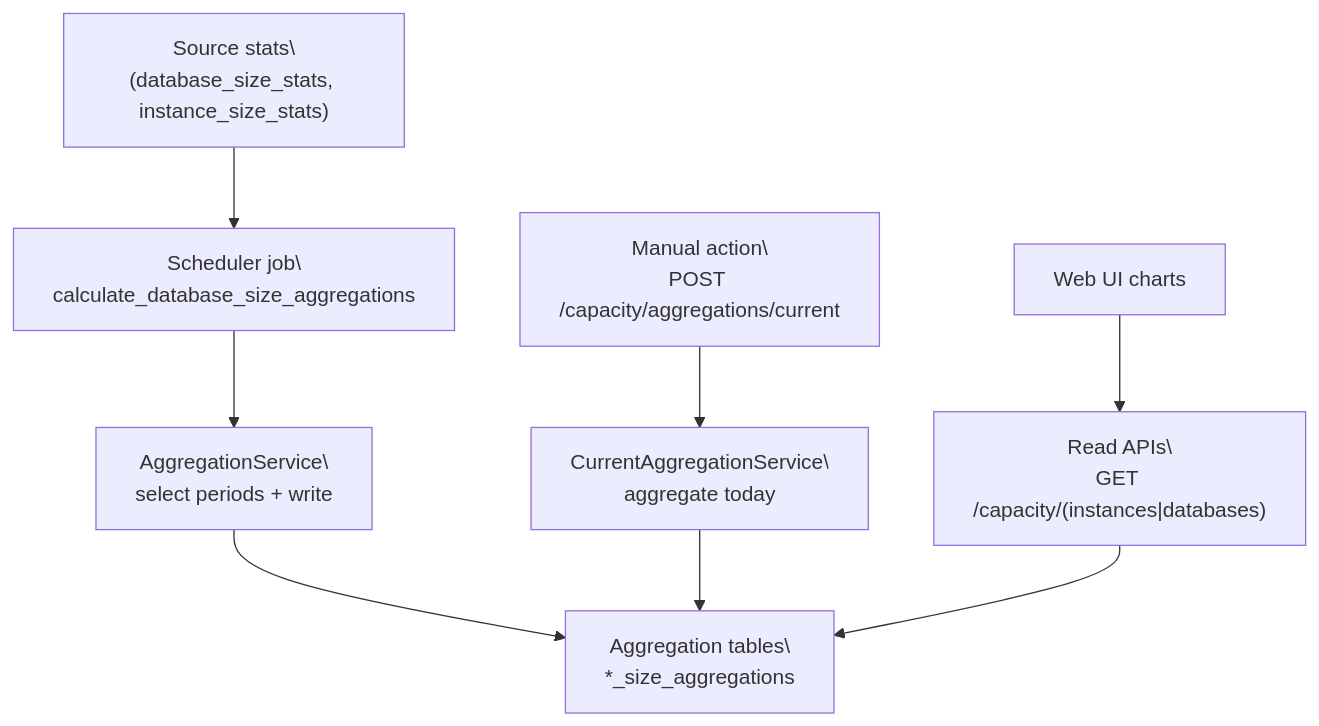
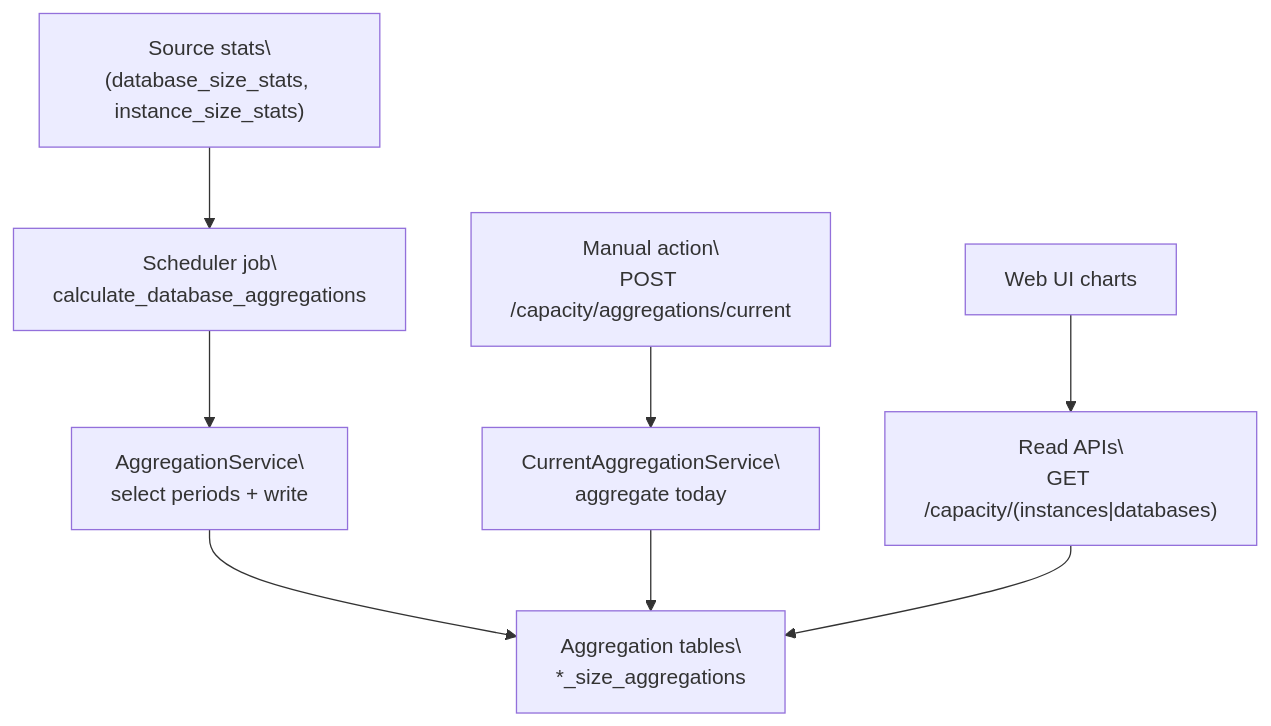
Before and after one commit to nyealovey/WhaleFall: the first of 2 diagrams in docs/Obsidian/architecture/flows/aggregation-stats.md, drawn with Mermaid. The commit also changed other lines of this file and 31 other files, not shown here.

````diff
--- a/docs/Obsidian/architecture/flows/aggregation-stats.md
+++ b/docs/Obsidian/architecture/flows/aggregation-stats.md
@@ -48,10 +48,10 @@
 ```mermaid
 flowchart TD
-  Stats["Source stats\\n(database_size_stats, instance_size_stats)"] --> Sched["Scheduler job\\ncalculate_database_size_aggregations"]
+  Stats["Source stats\\n(database_size_stats, instance_size_stats)"] --> Sched["Scheduler job\\ncalculate_database_aggregations"]
   Sched --> AggSvc["AggregationService\\nselect periods + write"]
   Manual["Manual action\\nPOST /capacity/aggregations/current"] --> CurAgg["CurrentAggregationService\\naggregate today"]
   AggSvc --> Tables["Aggregation tables\\n*_size_aggregations"]
   CurAgg --> Tables
   UI["Web UI charts"] --> Read["Read APIs\\nGET /capacity/(instances|databases)"]
   Read --> Tables
 ```
````
